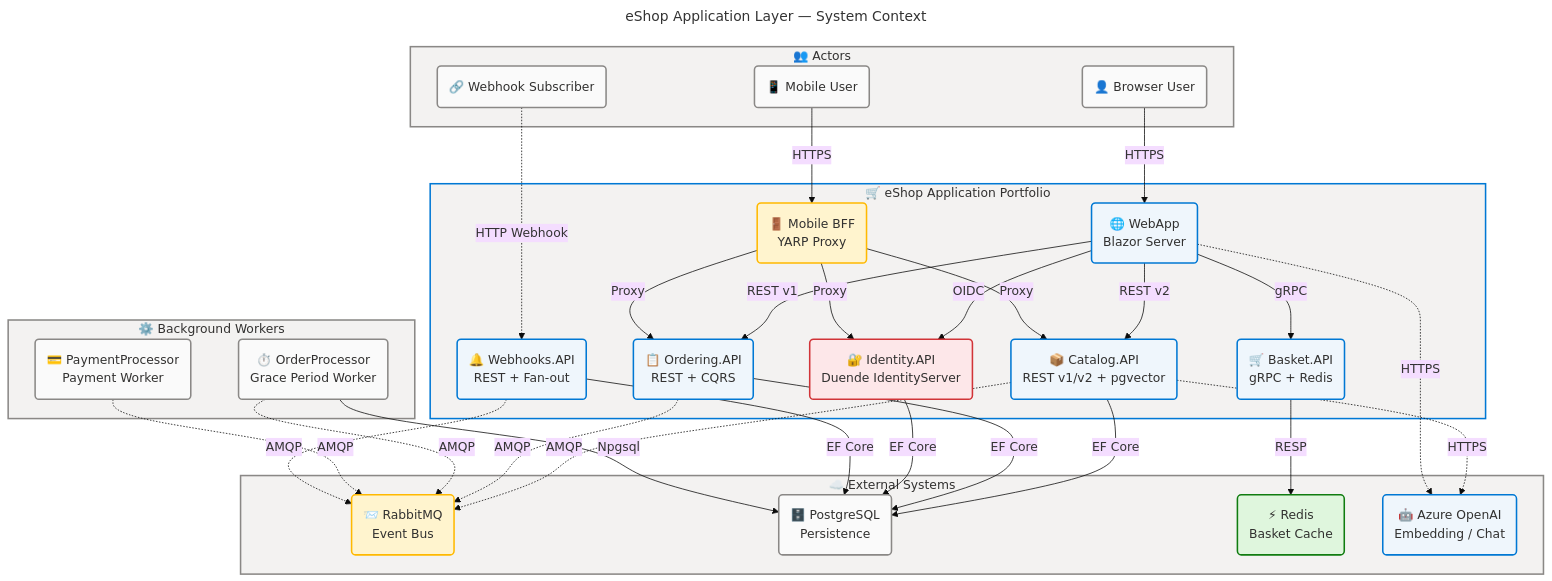
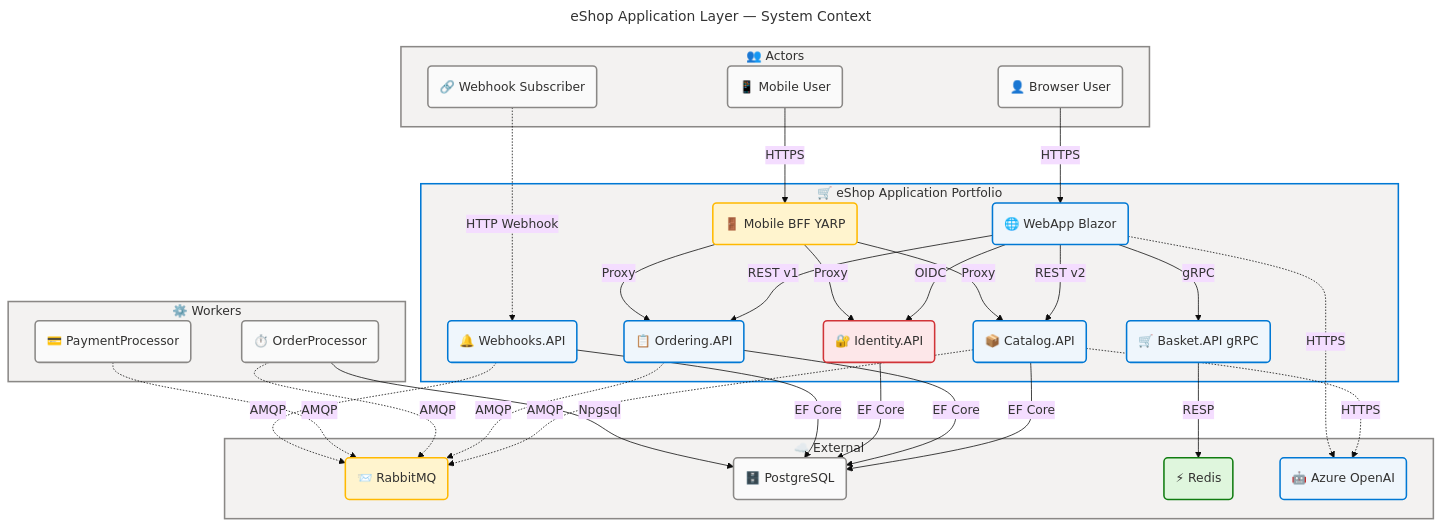
The first of 7 diagrams in docs/architecture/application-architecture.md (Evilazaro/eShop), drawn with Mermaid before and after one commit. The commit also changed other lines of this file, not shown here.

Commit message:
Implement feature X to enhance user experience and fix bug Y in module Z

```diff
--- a/docs/architecture/application-architecture.md
+++ b/docs/architecture/application-architecture.md
@@ -248,16 +278,8 @@
     accTitle: eShop Application Layer System Context
     accDescr: Shows all actors and external systems interacting with the eShop application portfolio
 
-    %% ═══════════════════════════════════════════════════════════════════════════
     %% AZURE / FLUENT ARCHITECTURE PATTERN v2.0
-    %% (Semantic + Structural + Font + Accessibility Governance)
-    %% ═══════════════════════════════════════════════════════════════════════════
-    %% PHASE 1 - FLUENT UI: All styling uses approved Fluent UI palette only
-    %% PHASE 2 - GROUPS: Every subgraph has semantic color via style directive
-    %% PHASE 3 - COMPONENTS: Every node has semantic classDef + icon prefix
-    %% PHASE 4 - ACCESSIBILITY: accTitle/accDescr present, WCAG AA contrast
-    %% PHASE 5 - STANDARD: Governance block present, classDefs centralized
-    %% ═══════════════════════════════════════════════════════════════════════════
+    %% PHASE 1-5: Fluent UI palette, semantic subgraph styles, classDefs, accessibility, governance
 
     subgraph actors["👥 Actors"]
         browserUser("👤 Browser User"):::neutral
@@ -266,59 +288,57 @@
     end
 
     subgraph eshopSystem["🛒 eShop Application Portfolio"]
-        webapp("🌐 WebApp\nBlazor Server"):::core
-        identityApi("🔐 Identity.API\nDuende IdentityServer"):::danger
-        catalogApi("📦 Catalog.API\nREST v1/v2 + pgvector"):::core
-        basketApi("🛒 Basket.API\ngRPC + Redis"):::core
-        orderingApi("📋 Ordering.API\nREST + CQRS"):::core
-        webhooksApi("🔔 Webhooks.API\nREST + Fan-out"):::core
-        mobileBff("🚪 Mobile BFF\nYARP Proxy"):::warning
+        webapp("🌐 WebApp Blazor"):::core
+        identityApi("🔐 Identity.API"):::danger
+        catalogApi("📦 Catalog.API"):::core
+        basketApi("🛒 Basket.API gRPC"):::core
+        orderingApi("📋 Ordering.API"):::core
+        webhooksApi("🔔 Webhooks.API"):::core
+        mobileBff("🚪 Mobile BFF YARP"):::warning
     end
 
-    subgraph workers["⚙️ Background Workers"]
-        orderProcessor("⏱️ OrderProcessor\nGrace Period Worker"):::neutral
-        paymentProcessor("💳 PaymentProcessor\nPayment Worker"):::neutral
+    subgraph workers["⚙️ Workers"]
+        orderProcessor("⏱️ OrderProcessor"):::neutral
+        paymentProcessor("💳 PaymentProcessor"):::neutral
     end
 
-    subgraph external["☁️ External Systems"]
-        rabbitMq("📨 RabbitMQ\nEvent Bus"):::warning
-        postgres("🗄️ PostgreSQL\nPersistence"):::neutral
-        redis("⚡ Redis\nBasket Cache"):::success
-        azureOai("🤖 Azure OpenAI\nEmbedding / Chat"):::core
+    subgraph external["☁️ External"]
+        rabbitMq("📨 RabbitMQ"):::warning
+        postgres("🗄️ PostgreSQL"):::neutral
+        redis("⚡ Redis"):::success
+        azureOai("🤖 Azure OpenAI"):::core
     end
 
-    browserUser -->|"HTTPS"| webapp
-    mobileUser -->|"HTTPS"| mobileBff
-    externalWebhook -.->|"HTTP Webhook"| webhooksApi
-    webapp -->|"OIDC"| identityApi
-    webapp -->|"gRPC"| basketApi
-    webapp -->|"REST v2"| catalogApi
-    webapp -->|"REST v1"| orderingApi
-    mobileBff -->|"Proxy"| catalogApi
-    mobileBff -->|"Proxy"| orderingApi
-    mobileBff -->|"Proxy"| identityApi
-    catalogApi -.->|"AMQP"| rabbitMq
-    orderingApi -.->|"AMQP"| rabbitMq
-    orderProcessor -.->|"AMQP"| rabbitMq
-    paymentProcessor -.->|"AMQP"| rabbitMq
-    webhooksApi -.->|"AMQP"| rabbitMq
-    basketApi -->|"RESP"| redis
-    catalogApi -->|"EF Core"| postgres
-    orderingApi -->|"EF Core"| postgres
-    identityApi -->|"EF Core"| postgres
-    webhooksApi -->|"EF Core"| postgres
-    orderProcessor -->|"Npgsql"| postgres
-    catalogApi -.->|"HTTPS"| azureOai
-    webapp -.->|"HTTPS"| azureOai
+    browserUser -->|HTTPS| webapp
+    mobileUser -->|HTTPS| mobileBff
+    externalWebhook -.->|HTTP Webhook| webhooksApi
+    webapp -->|OIDC| identityApi
+    webapp -->|gRPC| basketApi
+    webapp -->|REST v2| catalogApi
+    webapp -->|REST v1| orderingApi
+    mobileBff -->|Proxy| catalogApi
+    mobileBff -->|Proxy| orderingApi
+    mobileBff -->|Proxy| identityApi
+    catalogApi -.->|AMQP| rabbitMq
+    orderingApi -.->|AMQP| rabbitMq
+    orderProcessor -.->|AMQP| rabbitMq
+    paymentProcessor -.->|AMQP| rabbitMq
+    webhooksApi -.->|AMQP| rabbitMq
+    basketApi -->|RESP| redis
+    catalogApi -->|EF Core| postgres
+    orderingApi -->|EF Core| postgres
+    identityApi -->|EF Core| postgres
+    webhooksApi -->|EF Core| postgres
+    orderProcessor -->|Npgsql| postgres
+    catalogApi -.->|HTTPS| azureOai
+    webapp -.->|HTTPS| azureOai
 
-    %% Centralized classDefs
     classDef neutral fill:#FAFAFA,stroke:#8A8886,stroke-width:2px,color:#323130
     classDef core fill:#EFF6FC,stroke:#0078D4,stroke-width:2px,color:#323130
     classDef success fill:#DFF6DD,stroke:#107C10,stroke-width:2px,color:#323130
     classDef warning fill:#FFF4CE,stroke:#FFB900,stroke-width:2px,color:#323130
     classDef danger fill:#FDE7E9,stroke:#D13438,stroke-width:2px,color:#323130
 
-    %% Subgraph style directives
     style actors fill:#F3F2F1,stroke:#8A8886,stroke-width:2px,color:#323130
     style eshopSystem fill:#F3F2F1,stroke:#0078D4,stroke-width:2px,color:#323130
     style workers fill:#F3F2F1,stroke:#8A8886,stroke-width:2px,color:#323130
```
